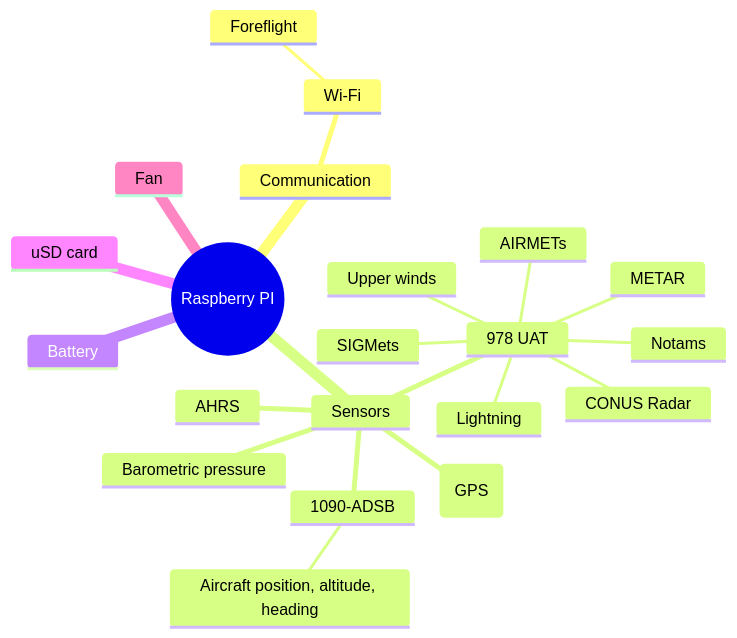
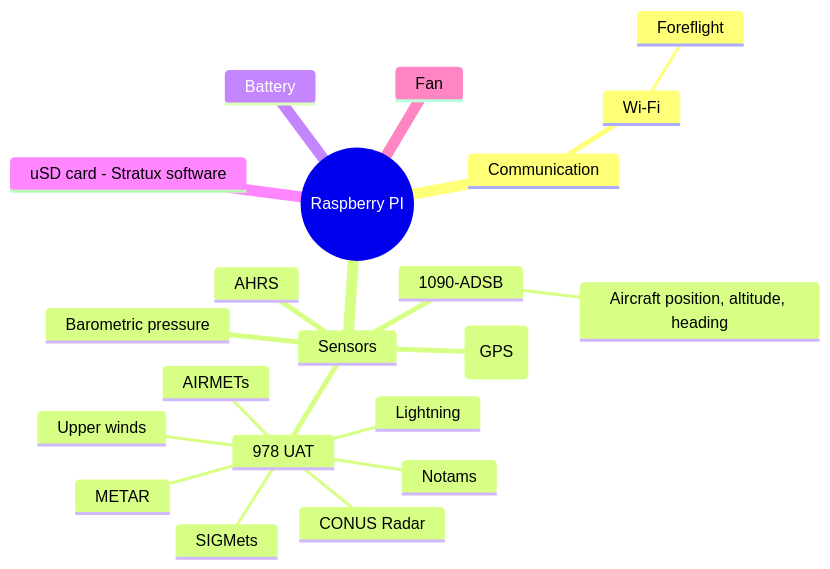
Before and after one commit to xiaprojects/roastbeef: the diagram in README.md, drawn with Mermaid.

Commit message:
README.md - Clarify that uSD card is where Stratux software is located

````diff
--- a/README.md
+++ b/README.md
@@ -6,25 +6,25 @@
 ```mermaid
 mindmap
   root((Raspberry PI))
     Communication
         Wi-Fi
             Foreflight
             ::icon(fa fa-tablet)
     Sensors
         GNSS (GPS)
         1090-ADSB
             Aircraft position, altitude, heading
         978 UAT
             METAR
             Notams
             CONUS Radar
             Lightning
             Upper winds
             AIRMETs
             SIGMets
         AHRS
         Barometric pressure
     Battery
-    uSD card
+    uSD card - Stratux software
     Fan
 ```
````
